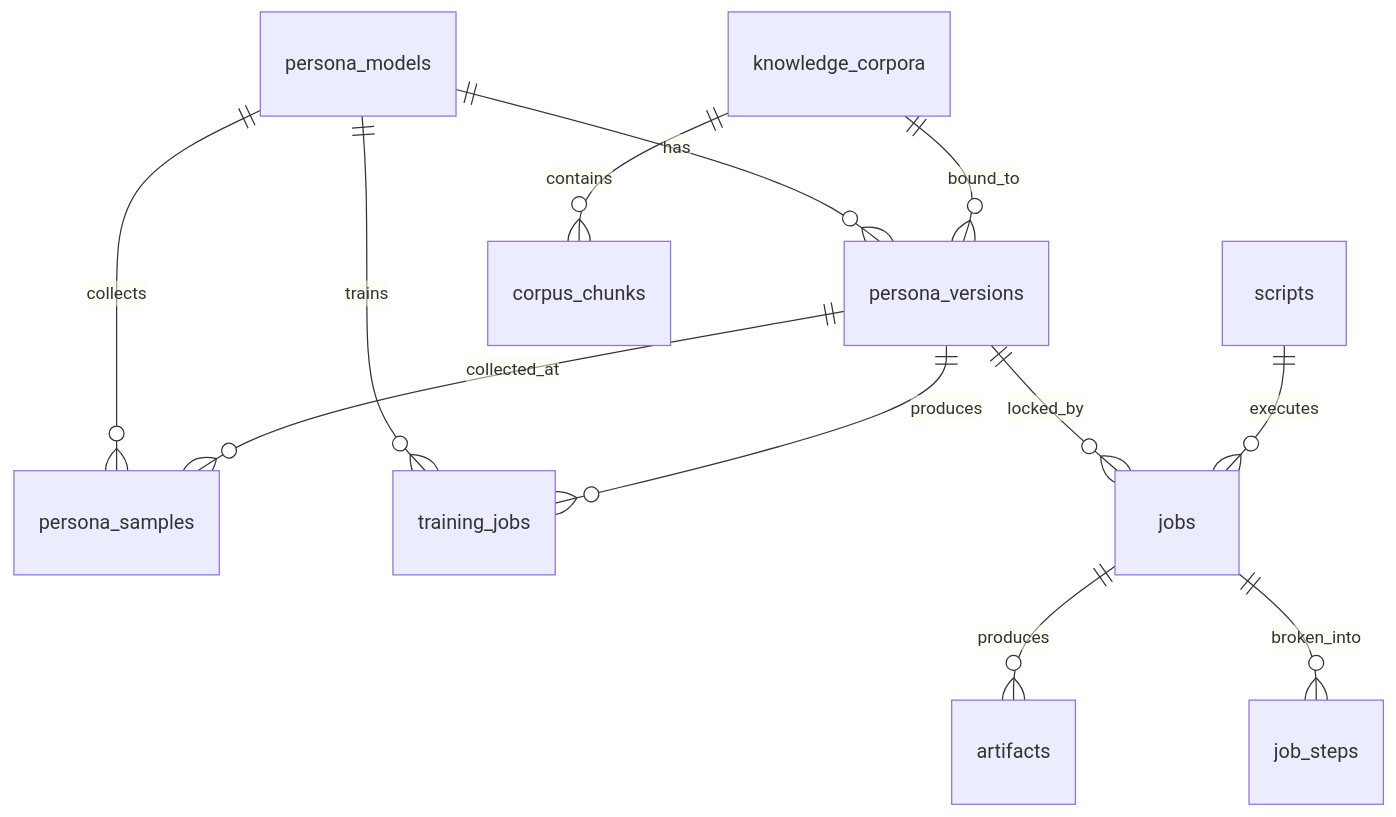
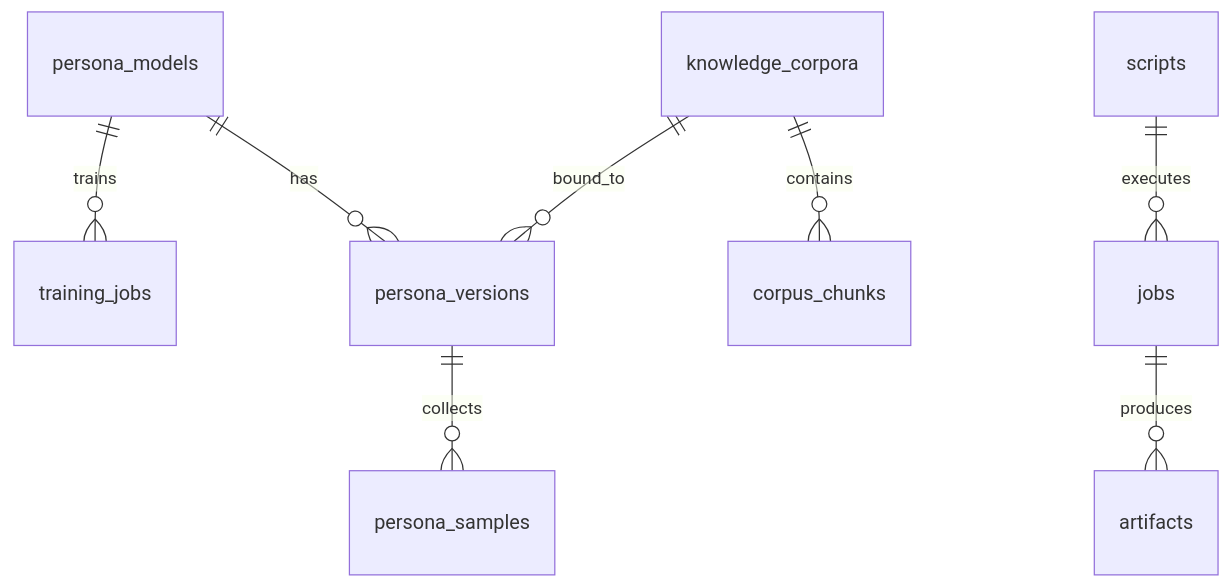
The first of 2 diagrams in docs/storage.md (growdu/avcore), drawn with Mermaid before and after one commit. The commit also changed other lines of this file and 13 other files, not shown here.

````diff
--- a/docs/storage.md
+++ b/docs/storage.md
@@ -94,14 +41,10 @@
 ```mermaid
 erDiagram
     persona_models ||--o{ persona_versions : has
-    persona_models ||--o{ persona_samples : collects
+    persona_versions ||--o{ persona_samples : collects
     persona_models ||--o{ training_jobs : trains
-    persona_versions ||--o{ training_jobs : produces
-    persona_versions ||--o{ jobs : locked_by
-    persona_versions ||--o{ persona_samples : collected_at
     scripts ||--o{ jobs : executes
     jobs ||--o{ artifacts : produces
-    jobs ||--o{ job_steps : broken_into
     knowledge_corpora ||--o{ corpus_chunks : contains
     knowledge_corpora ||--o{ persona_versions : bound_to
 ```
````
